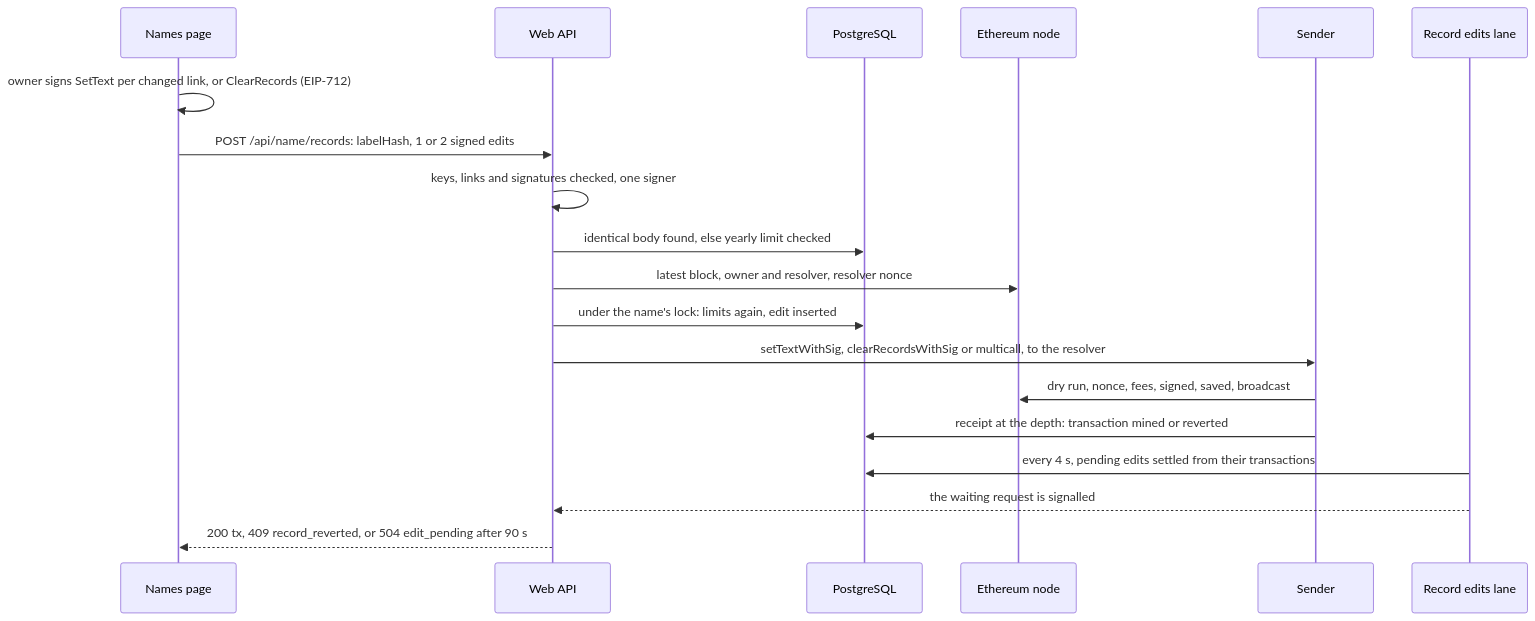
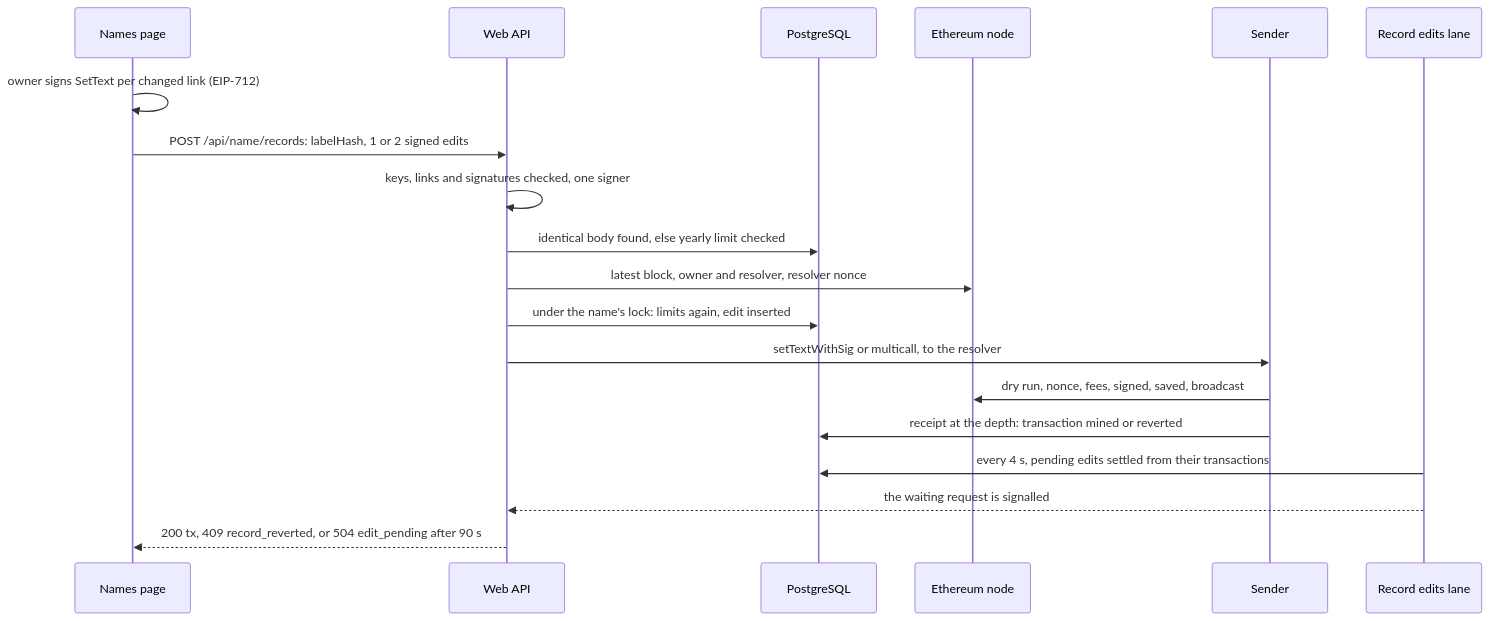
One commit to simplex-chat/simplex-chat changed diagram 13 of 14 in apps/simplex-store-service/docs/names.md. Above: the diagram before and after it, drawn with Mermaid. The commit also changed other lines of this file and 10 other files, not shown here.

First line of the commit message:
names: links are edited by SetText alone; the clear-records edit is dropped from the request, the relay and the store

````diff
--- a/apps/simplex-store-service/docs/names.md
+++ b/apps/simplex-store-service/docs/names.md
@@ -561,21 +561,21 @@
 ```mermaid
 sequenceDiagram
   participant P as Names page
   participant W as Web API
   participant D as PostgreSQL
   participant E as Ethereum node
   participant S as Sender
   participant R as Record edits lane
-  P->>P: owner signs SetText per changed link, or ClearRecords (EIP-712)
+  P->>P: owner signs SetText per changed link (EIP-712)
   P->>W: POST /api/name/records: labelHash, 1 or 2 signed edits
   W->>W: keys, links and signatures checked, one signer
   W->>D: identical body found, else yearly limit checked
   W->>E: latest block, owner and resolver, resolver nonce
   W->>D: under the name's lock: limits again, edit inserted
-  W->>S: setTextWithSig, clearRecordsWithSig or multicall, to the resolver
+  W->>S: setTextWithSig or multicall, to the resolver
   S->>E: dry run, nonce, fees, signed, saved, broadcast
   S->>D: receipt at the depth: transaction mined or reverted
   R->>D: every 4 s, pending edits settled from their transactions
   R-->>W: the waiting request is signalled
   W-->>P: 200 tx, 409 record_reverted, or 504 edit_pending after 90 s
 ```
````
